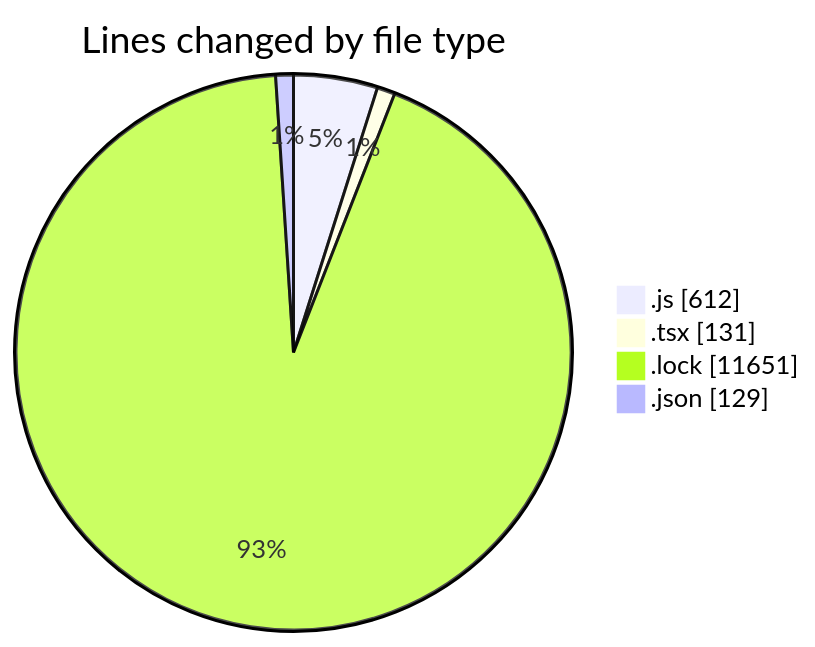
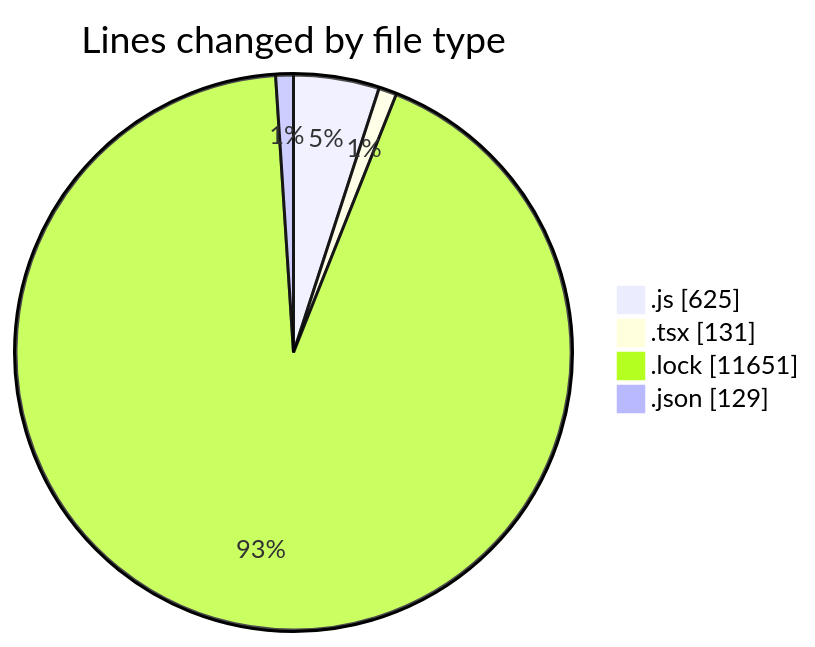
Before and after one commit to momahboobian/code-tracking: the first of 2 diagrams in 2026-01-13/cda/README.md, drawn with Mermaid. The commit also changed other lines of this file and 1 other file, not shown here.

````diff
--- a/2026-01-13/cda/README.md
+++ b/2026-01-13/cda/README.md
@@ -27,8 +27,8 @@
 ```mermaid
 pie showData
 title Lines changed by file type
-".js" : 612
+".js" : 625
 ".tsx" : 131
 ".lock" : 11651
 ".json" : 129
 ```
````
